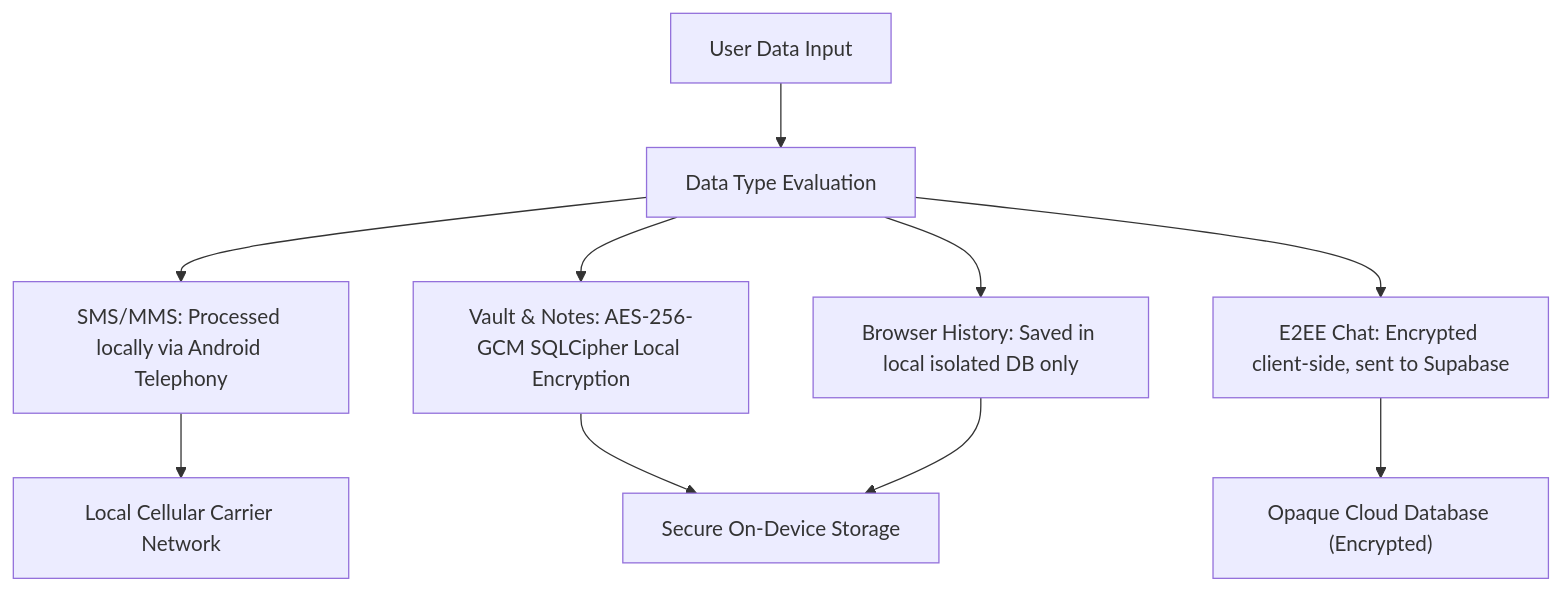
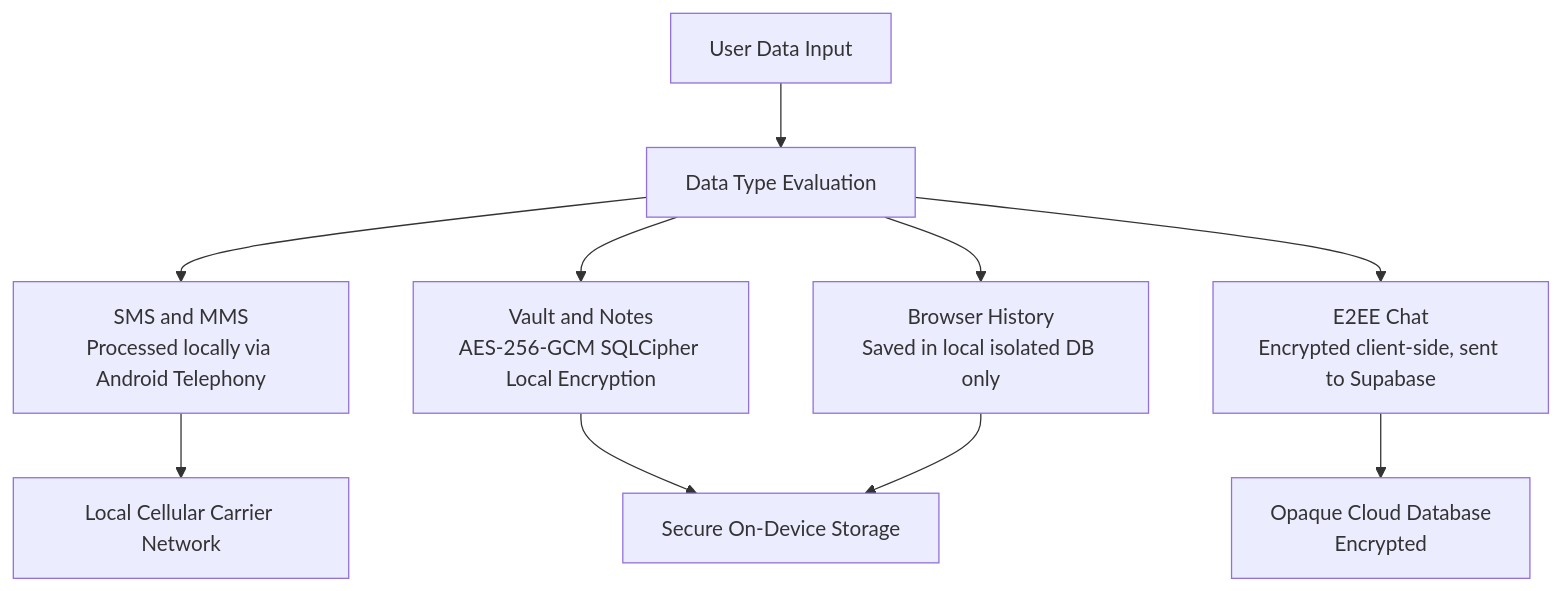
Before and after one commit to Keeftalk/Android: the fifth of 5 diagrams in README.md, drawn with Mermaid. The commit also changed other lines of this file, not shown here.

````diff
--- a/README.md
+++ b/README.md
@@ -257,14 +257,14 @@
 ```mermaid
 flowchart TD
     DATA_IN["User Data Input"] --> EVAL["Data Type Evaluation"]
-    
-    EVAL --> LOCAL_TEL["SMS/MMS: Processed locally via Android Telephony"]
-    EVAL --> ENC_LOCAL["Vault & Notes: AES-256-GCM SQLCipher Local Encryption"]
-    EVAL --> ENC_NET["E2EE Chat: Encrypted client-side, sent to Supabase"]
-    EVAL --> LOCAL_ONLY["Browser History: Saved in local isolated DB only"]
+
+    EVAL --> LOCAL_TEL["SMS and MMS<br/>Processed locally via Android Telephony"]
+    EVAL --> ENC_LOCAL["Vault and Notes<br/>AES-256-GCM SQLCipher Local Encryption"]
+    EVAL --> ENC_NET["E2EE Chat<br/>Encrypted client-side, sent to Supabase"]
+    EVAL --> LOCAL_ONLY["Browser History<br/>Saved in local isolated DB only"]
 
     ENC_LOCAL --> STORAGE_LOCAL["Secure On-Device Storage"]
-    ENC_NET --> STORAGE_CLOUD["Opaque Cloud Database (Encrypted)"]
+    ENC_NET --> STORAGE_CLOUD["Opaque Cloud Database<br/>Encrypted"]
     LOCAL_TEL --> CARRIER_NET["Local Cellular Carrier Network"]
     LOCAL_ONLY --> STORAGE_LOCAL
 ```
````
